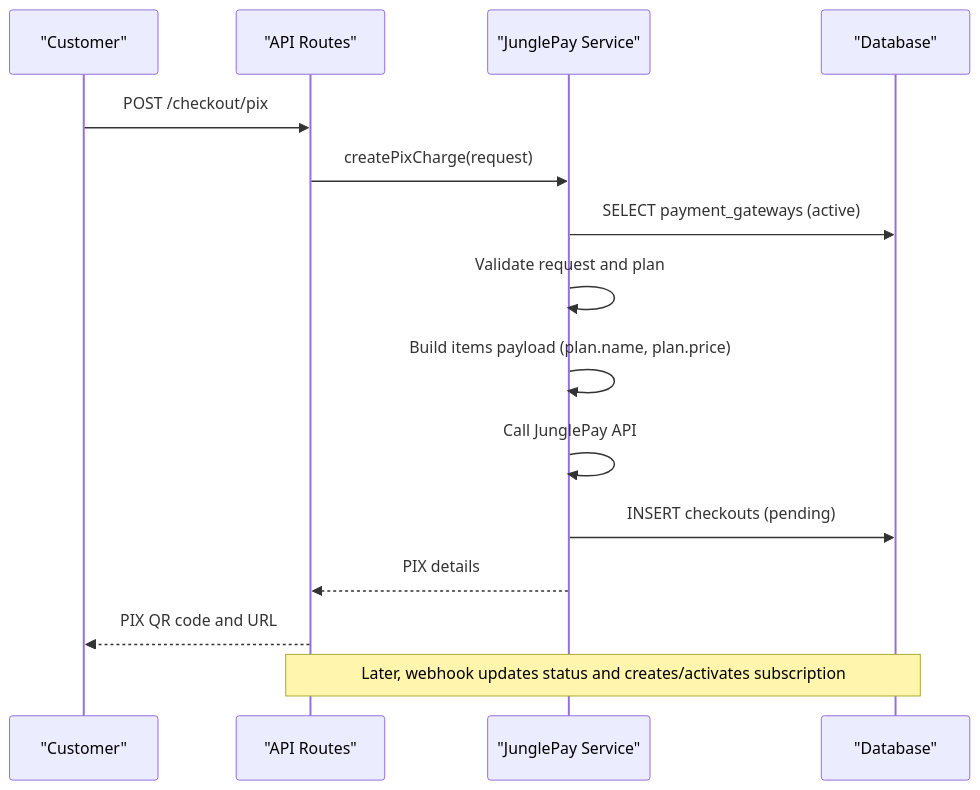
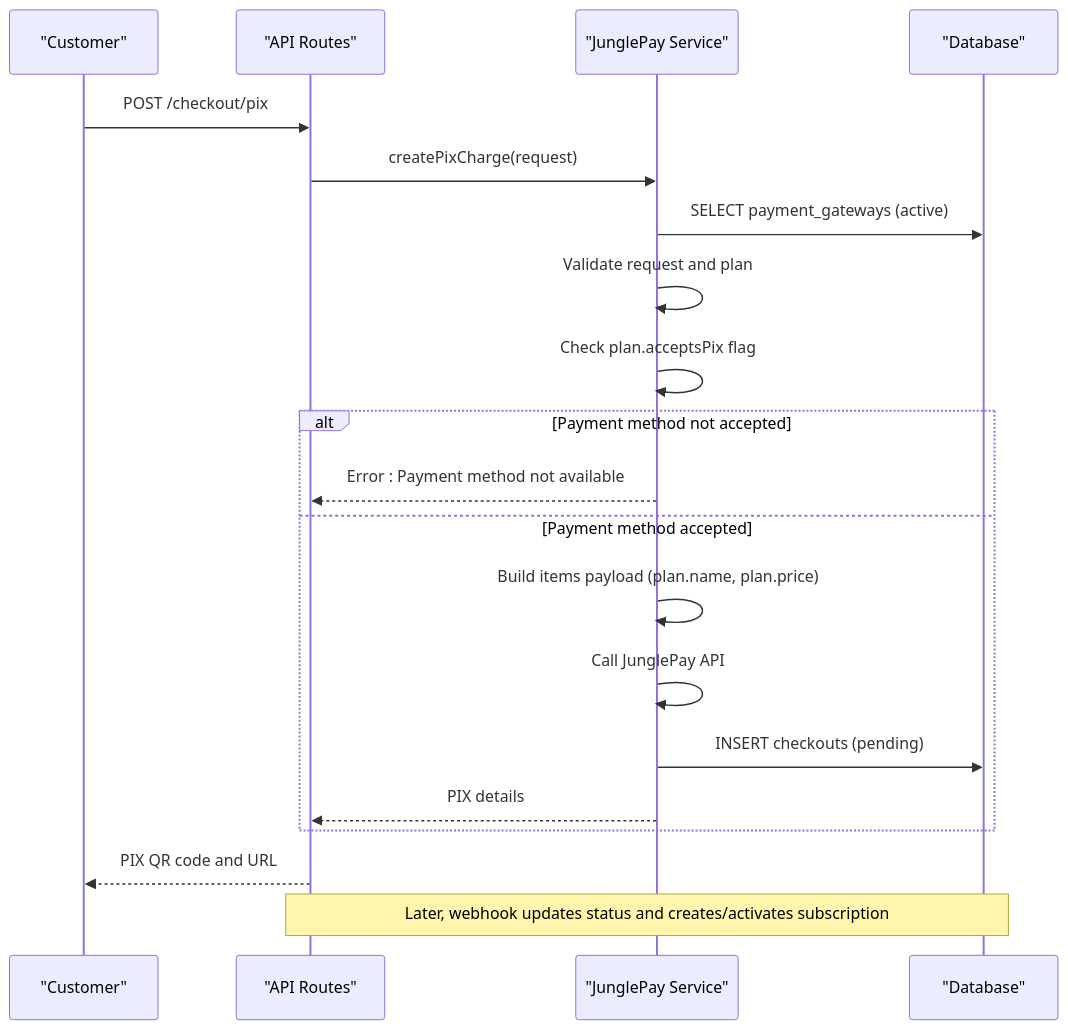
Before and after one commit to eromedrive2tb-gif/Avitrine: the fourth of 5 diagrams in .qoder/repowiki/en/content/Database Design/Core Data Models/Plans Model.md, drawn with Mermaid. The commit also changed other lines of this file and 18 other files, not shown here.

````diff
--- a/.qoder/repowiki/en/content/Database Design/Core Data Models/Plans Model.md
+++ b/.qoder/repowiki/en/content/Database Design/Core Data Models/Plans Model.md
@@ -234,17 +262,22 @@
 ```mermaid
 sequenceDiagram
 participant User as "Customer"
 participant API as "API Routes"
 participant JP as "JunglePay Service"
 participant DB as "Database"
 User->>API : POST /checkout/pix
 API->>JP : createPixCharge(request)
 JP->>DB : SELECT payment_gateways (active)
 JP->>JP : Validate request and plan
+JP->>JP : Check plan.acceptsPix flag
+alt Payment method not accepted
+JP-->>API : Error : Payment method not available
+else Payment method accepted
 JP->>JP : Build items payload (plan.name, plan.price)
 JP->>JP : Call JunglePay API
 JP->>DB : INSERT checkouts (pending)
 JP-->>API : PIX details
+end
 API-->>User : PIX QR code and URL
 Note over API,DB : Later, webhook updates status and creates/activates subscription
 ```
````
